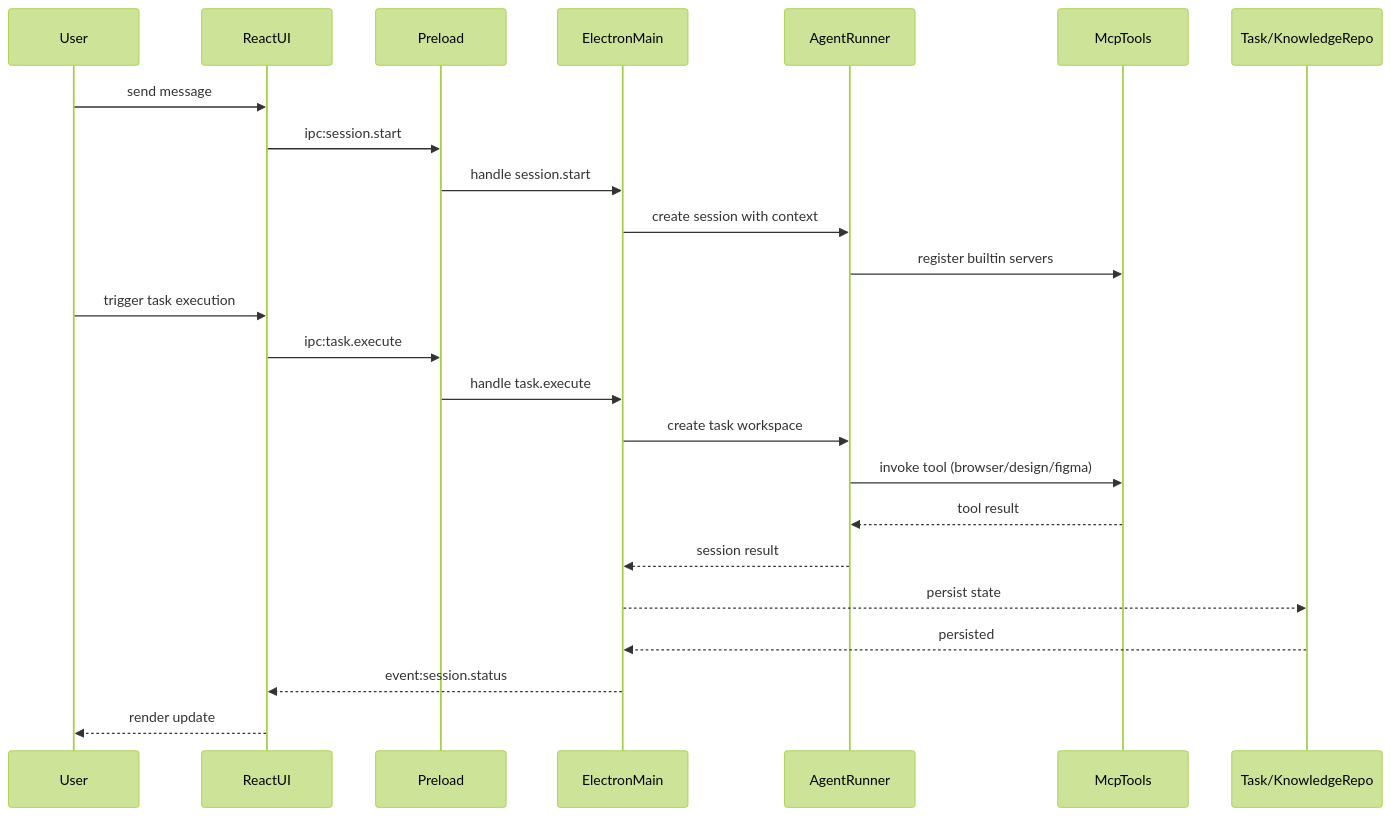
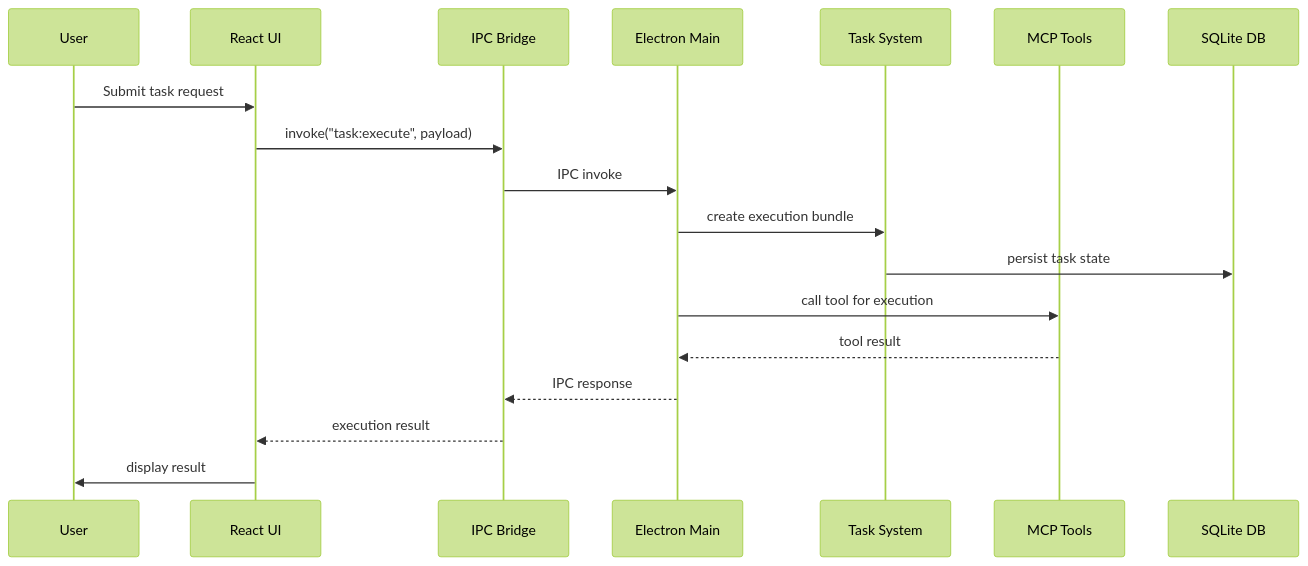
One commit to lst016/tech-cc-hub changed the second of 2 diagrams in .tech/repowiki/zh/content/architecture.md. Above: the diagram before and after it, drawn with Mermaid (forest theme). The commit also changed other lines of this file and 751 other files, not shown here.

Commit message:
Implement full RepoWiki knowledge generation

````diff
--- a/.tech/repowiki/zh/content/architecture.md
+++ b/.tech/repowiki/zh/content/architecture.md
@@ -153,27 +101,21 @@
 ```mermaid
 sequenceDiagram
   participant User
-  participant UI as ReactUI
-  participant Bridge as Preload
-  participant Main as ElectronMain
-  participant Runner as AgentRunner
-  participant Mcp as McpTools
-  participant Repo as Task/KnowledgeRepo
+  participant UI as React UI
+  participant Preload as IPC Bridge
+  participant Main as Electron Main
+  participant Task as Task System
+  participant MCP as MCP Tools
+  participant SQLite as SQLite DB
 
-  User->>UI: send message
-  UI->>Bridge: ipc:session.start
-  Bridge->>Main: handle session.start
-  Main->>Runner: create session with context
-  Runner->>Mcp: register builtin servers
-  User->>UI: trigger task execution
-  UI->>Bridge: ipc:task.execute
-  Bridge->>Main: handle task.execute
-  Main->>Runner: create task workspace
-  Runner->>Mcp: invoke tool (browser/design/figma)
-  Mcp-->>Runner: tool result
-  Runner-->>Main: session result
-  Main-->>Repo: persist state
-  Repo-->>Main: persisted
-  Main-->>UI: event:session.status
-  UI-->>User: render update
+  User->>UI: Submit task request
+  UI->>Preload: invoke("task:execute", payload)
+  Preload->>Main: IPC invoke
+  Main->>Task: create execution bundle
+  Task->>SQLite: persist task state
+  Main->>MCP: call tool for execution
+  MCP-->>Main: tool result
+  Main-->>Preload: IPC response
+  Preload-->>UI: execution result
+  UI->>User: display result
 ```
````
